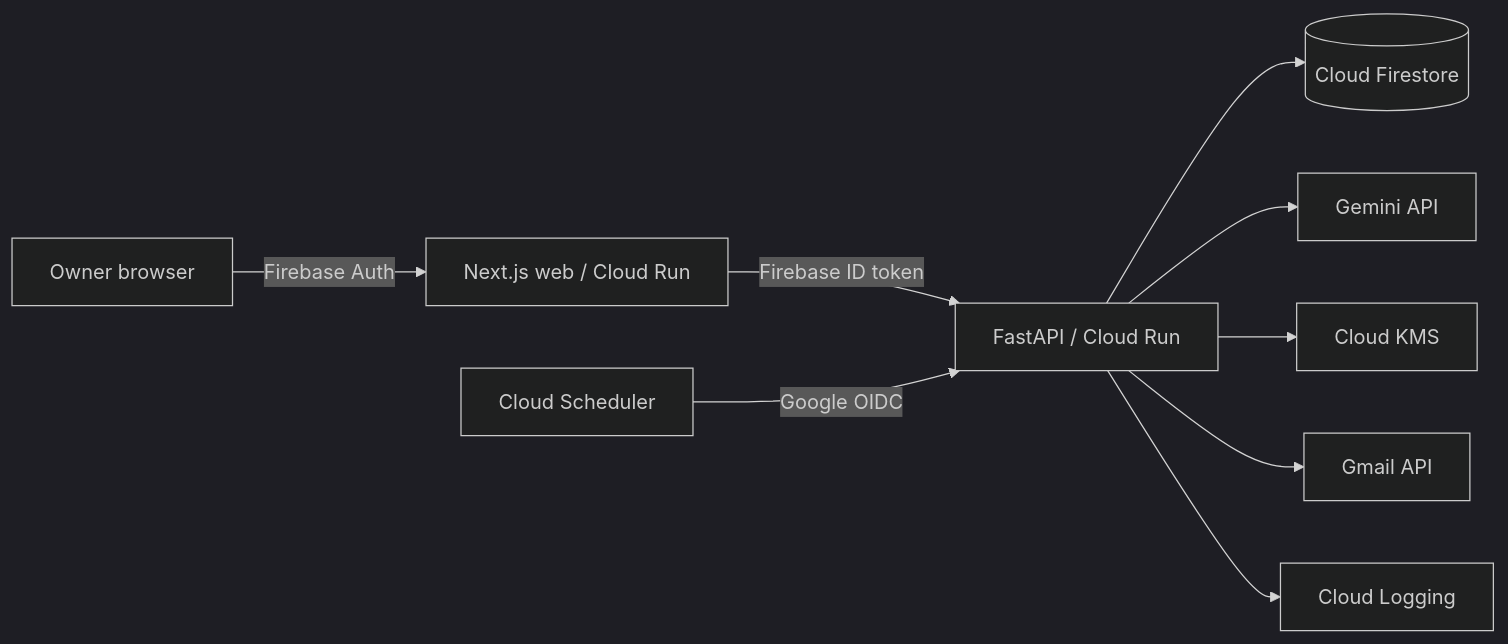
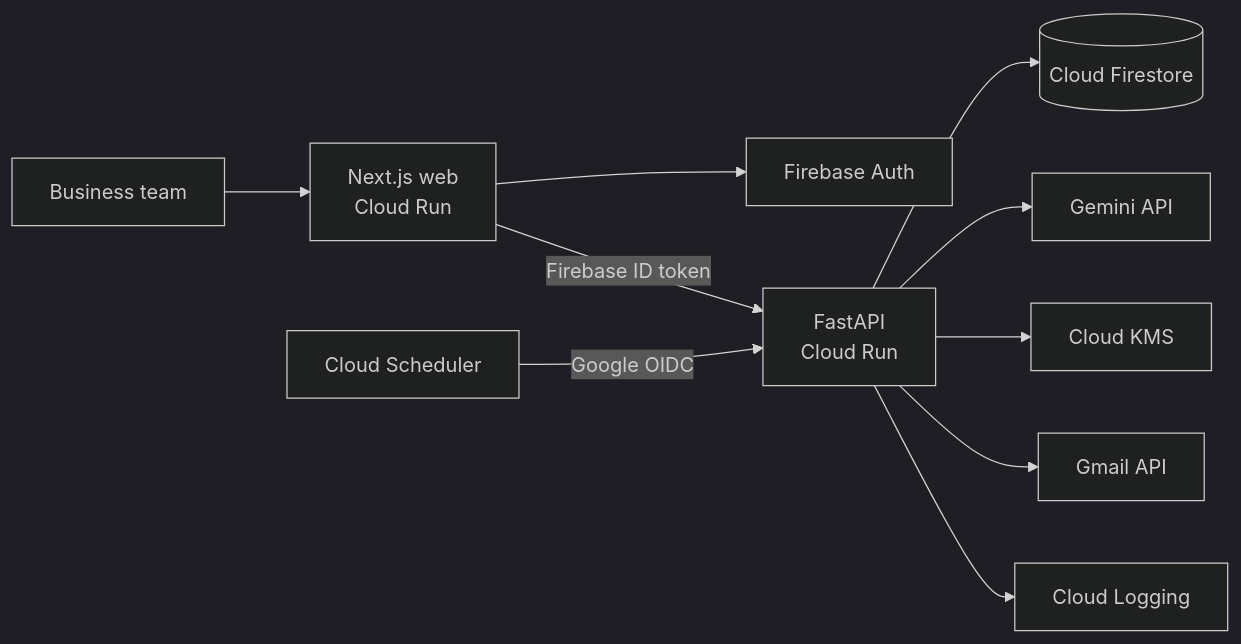
One commit to ankit-21310/cashsathi changed the diagram in README.md. Above: the diagram before and after it, drawn with Mermaid (dark theme). The commit also changed other lines of this file and 4 other files, not shown here.

````diff
--- a/README.md
+++ b/README.md
@@ -36,11 +104,12 @@
 ```mermaid
 flowchart LR
-    B[Owner browser] -->|Firebase Auth| W[Next.js web / Cloud Run]
-    W -->|Firebase ID token| A[FastAPI / Cloud Run]
+    U[Business team] --> W[Next.js web<br/>Cloud Run]
+    W --> I[Firebase Auth]
+    W -->|Firebase ID token| A[FastAPI<br/>Cloud Run]
     A --> F[(Cloud Firestore)]
     A --> G[Gemini API]
     A --> K[Cloud KMS]
     A --> M[Gmail API]
     S[Cloud Scheduler] -->|Google OIDC| A
     A --> L[Cloud Logging]
 ```
````
